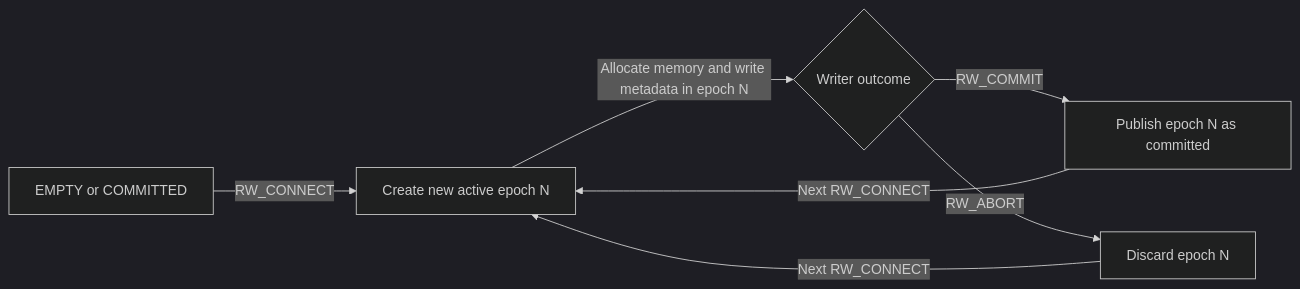
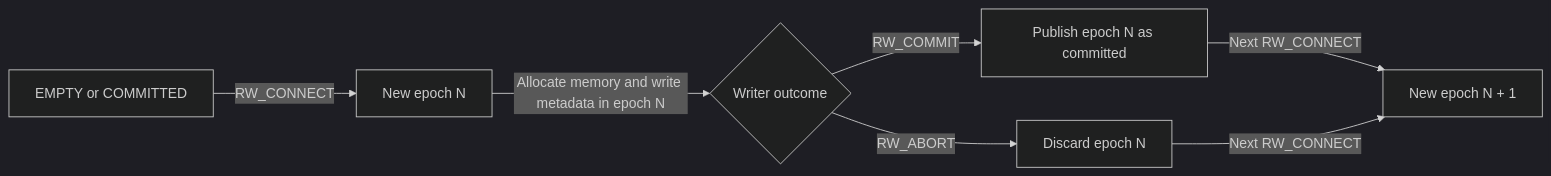
Before and after one commit to ai-dynamo/dynamo: the third of 7 diagrams in lib/gpu_memory_service/README.md, drawn with Mermaid (dark theme).

Commit message:
gms: refine epoch diagram labels

````diff
--- a/lib/gpu_memory_service/README.md
+++ b/lib/gpu_memory_service/README.md
@@ -182,9 +182,9 @@
 ```mermaid
 flowchart LR
-    A[EMPTY or COMMITTED] -->|RW_CONNECT| B[Create new active epoch N]
+    A[EMPTY or COMMITTED] -->|RW_CONNECT| B[New epoch N]
     B -->|Allocate memory and write metadata in epoch N| C{Writer outcome}
     C -->|RW_COMMIT| D[Publish epoch N as committed]
     C -->|RW_ABORT| E[Discard epoch N]
-    D -->|Next RW_CONNECT| B
-    E -->|Next RW_CONNECT| B
+    D -->|Next RW_CONNECT| F[New epoch N + 1]
+    E -->|Next RW_CONNECT| F
 ```
````
